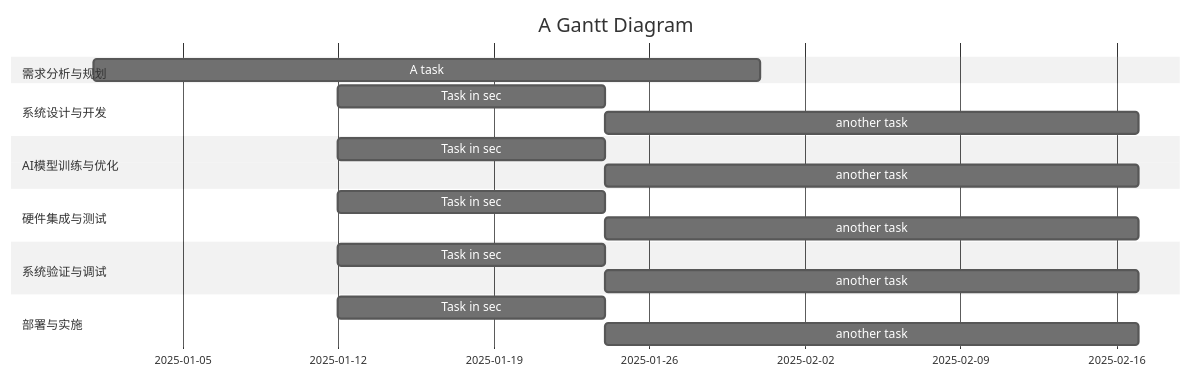
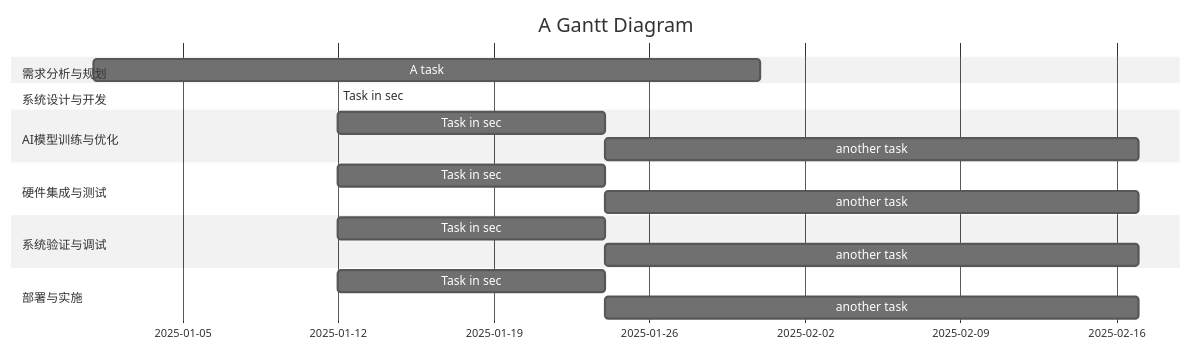
The diagram in all/代码甘特图.md (libobo6/iodraw-files), drawn with Mermaid (neutral theme) before and after one commit.

Commit message:
2025-01-14 10:55:11 update

````diff
--- a/all/代码甘特图.md
+++ b/all/代码甘特图.md
@@ -1,22 +1,21 @@
 ```mermaid
 gantt
     title A Gantt Diagram
     dateFormat  YYYY-MM-DD
     section 需求分析与规划
     A task           :a1, 2025-01-01, 30d
     section 系统设计与开发
-    Task in sec      :2025-01-12  , 12d
-    another task      : 24d
+    Task in sec      :2025-01-12  , 1
     section AI模型训练与优化
     Task in sec      :2025-01-12  , 12d
     another task      : 24d
     section 硬件集成与测试
     Task in sec      :2025-01-12  , 12d
     another task      : 24d
     section 系统验证与调试
     Task in sec      :2025-01-12  , 12d
     another task      : 24d
     section 部署与实施
     Task in sec      :2025-01-12  , 12d
     another task      : 24d
 ```
````
